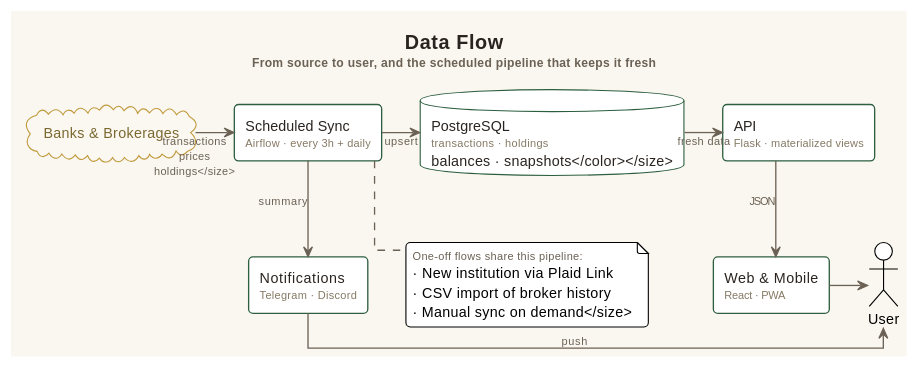
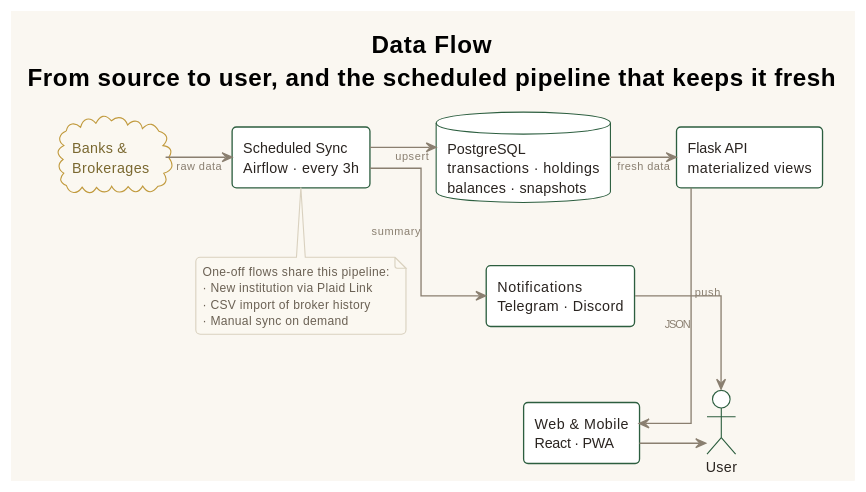
Before and after one commit to m-dur/docs: the second of 2 diagrams in README.md, drawn with PlantUML. The commit also changed other lines of this file, not shown here.

Commit message:
Cleaner diagram markup: drop fragile inline color/size spans, reorganize architecture flow top-down

````diff
--- a/README.md
+++ b/README.md
@@ -112,62 +116,77 @@
 ```plantuml
 @startuml
 !theme plain
+
 skinparam backgroundColor #faf7f1
 skinparam defaultFontName "IBM Plex Sans, Helvetica, Arial"
 skinparam defaultFontSize 13
 skinparam shadowing false
 skinparam roundCorner 8
 skinparam linetype ortho
+skinparam nodesep 60
+skinparam ranksep 50
+
 skinparam arrowThickness 1.2
-skinparam arrowColor #6b6154
-skinparam arrowFontColor #6b6154
+skinparam arrowColor #8a7f70
+skinparam arrowFontColor #8a7f70
 skinparam arrowFontSize 10
 
 skinparam rectangle {
   BorderColor #2c5e3f
   BorderThickness 1.2
   BackgroundColor #ffffff
   FontColor #2a2420
-  RoundCorner 8
-  Padding 8
+}
+
+skinparam database {
+  BorderColor #2c5e3f
+  BackgroundColor #ffffff
+  FontColor #2a2420
 }
 
 skinparam cloud {
   BorderColor #c19a3d
   BackgroundColor #fbf8f1
   FontColor #7a6830
 }
 
-skinparam database {
+skinparam actor {
   BorderColor #2c5e3f
-  BackgroundColor #ffffff
   FontColor #2a2420
 }
 
-title <size:18><color:#2a2420><b>Data Flow</b></color></size>\n<size:11><color:#6b6154>From source to user, and the scheduled pipeline that keeps it fresh</color></size>
+skinparam note {
+  BorderColor #d9d1bf
+  BackgroundColor #fbf8f1
+  FontColor #6b6154
+  FontSize 11
+}
 
-cloud "Banks & Brokerages" as Sources
-rectangle "Scheduled Sync\n<size:10><color:#857964>Airflow · every 3h + daily</color></size>" as Sync
-database "PostgreSQL\n<size:10><color:#857964>transactions · holdings\nbalances · snapshots</color></size>" as DB
-rectangle "API\n<size:10><color:#857964>Flask · materialized views</color></size>" as API
-rectangle "Web & Mobile\n<size:10><color:#857964>React · PWA</color></size>" as UI
-actor "User" as User
-rectangle "Notifications\n<size:10><color:#857964>Telegram · Discord</color></size>" as Notif
+title <b>Data Flow</b>\nFrom source to user, and the scheduled pipeline that keeps it fresh
 
-Sources -right-> Sync : <size:10>transactions\nprices\nholdings</size>
-Sync -right-> DB : <size:10>upsert</size>
-Sync -down-> Notif : <size:10>summary</size>
-DB -right-> API : <size:10>fresh data</size>
-API -right-> UI : <size:10>JSON</size>
-UI -right-> User
-Notif -right-> User : <size:10>push</size>
+cloud "Banks &\nBrokerages" as Sources
+rectangle "Scheduled Sync\nAirflow · every 3h" as Sync
+database "PostgreSQL\ntransactions · holdings\nbalances · snapshots" as DB
+rectangle "Flask API\nmaterialized views" as API
+rectangle "Web & Mobile\nReact · PWA" as UI
+actor "User" as U
+rectangle "Notifications\nTelegram · Discord" as Notif
+
+Sources -right-> Sync : raw data
+Sync -right-> DB : upsert
+DB -right-> API : fresh data
+API -right-> UI : JSON
+UI -right-> U
+
+Sync -down-> Notif : summary
+Notif -down-> U : push
 
 note bottom of Sync
-  <size:10><color:#6b6154>One-off flows share this pipeline:</color>
+  One-off flows share this pipeline:
   · New institution via Plaid Link
   · CSV import of broker history
-  · Manual sync on demand</size>
+  · Manual sync on demand
 end note
 
 @enduml
 ```
````
